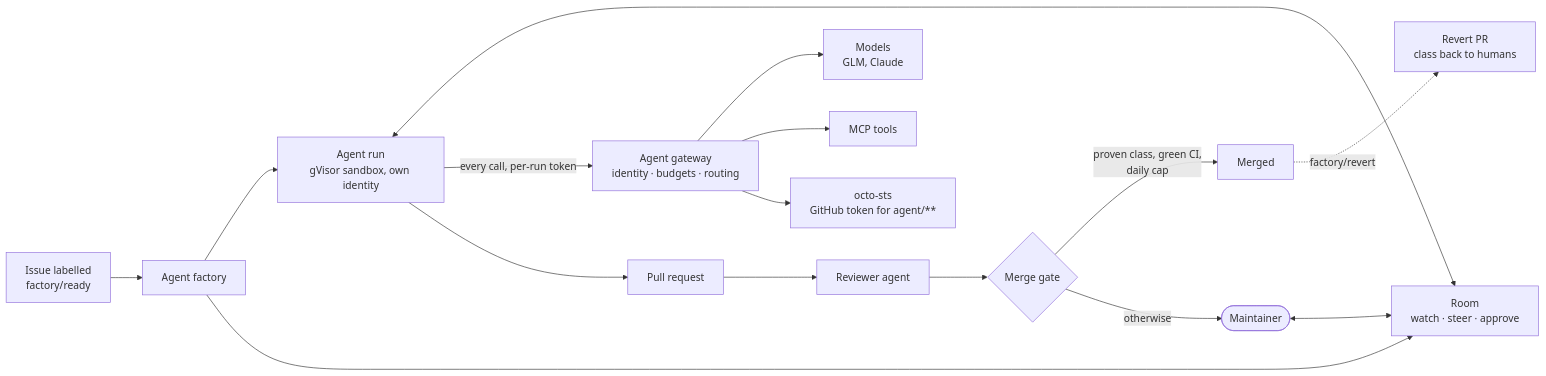
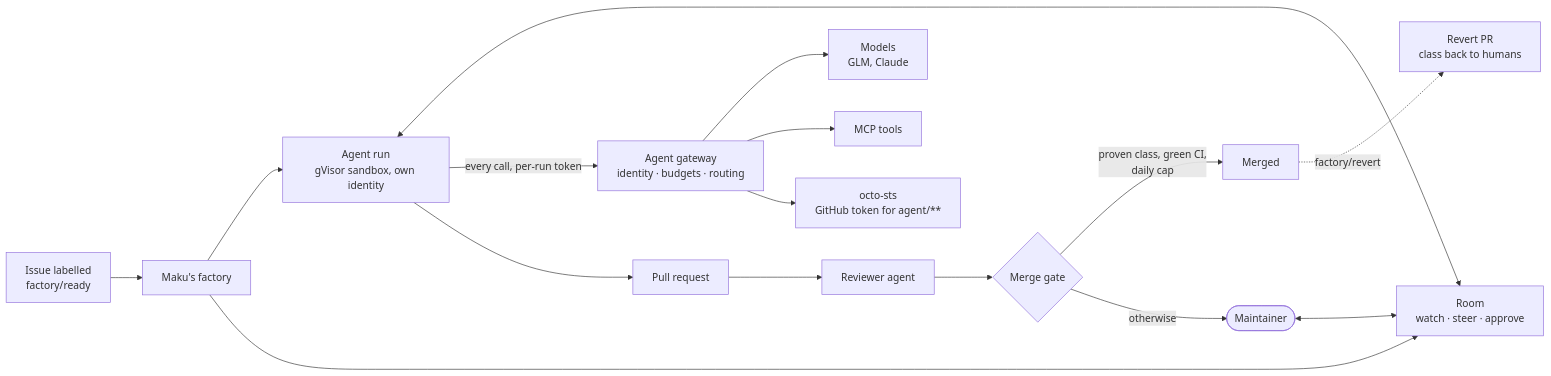
Before and after one commit to Smana/ai-native-ref: the diagram in README.md, drawn with Mermaid. The commit also changed other lines of this file and 41 other files, not shown here.

Commit message:
docs: rename the platform to Maku across live pages, runbooks and diagrams

````diff
--- a/README.md
+++ b/README.md
@@ -69,16 +69,16 @@
 ```mermaid
 flowchart LR
-  issue["Issue labelled<br/>factory/ready"] --> factory["Agent factory"]
+  issue["Issue labelled<br/>factory/ready"] --> factory["Maku's factory"]
   factory --> run["Agent run<br/>gVisor sandbox, own identity"]
   factory --> room["Room<br/>watch · steer · approve"]
   human(["Maintainer"]) <--> room
   run <--> room
   run -->|"every call, per-run token"| gw["Agent gateway<br/>identity · budgets · routing"]
   gw --> models["Models<br/>GLM, Claude"]
   gw --> tools["MCP tools"]
   gw --> sts["octo-sts<br/>GitHub token for agent/**"]
   run --> pr["Pull request"] --> review["Reviewer agent"] --> gate{"Merge gate"}
   gate -->|"proven class, green CI,<br/>daily cap"| merged["Merged"]
   gate -->|"otherwise"| human
   merged -.->|"factory/revert"| revert["Revert PR<br/>class back to humans"]
 ```
````
